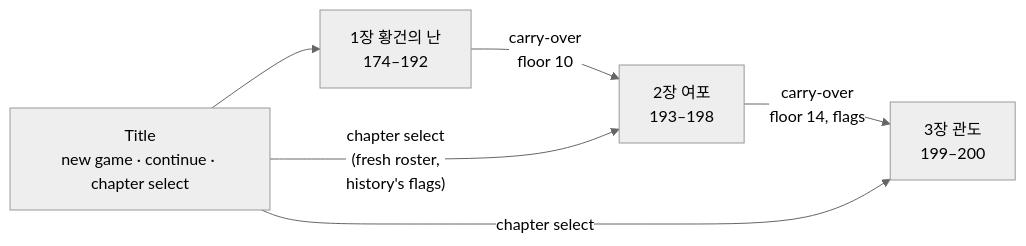
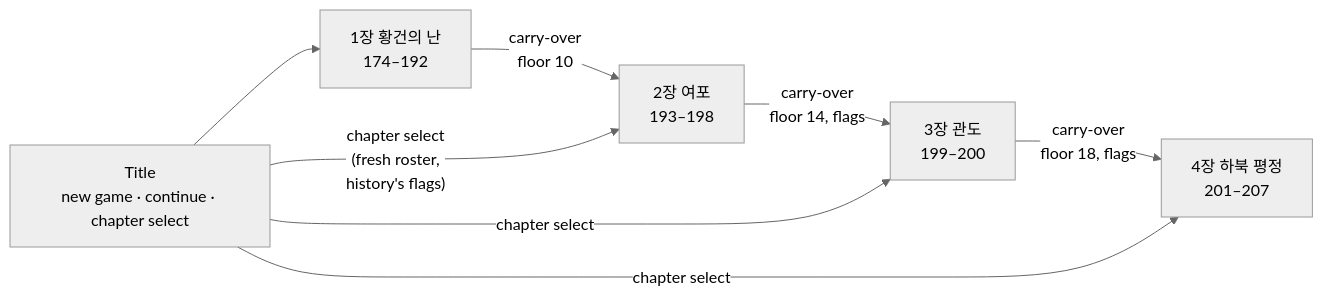
One commit to dudueul/caocao changed the first of 4 diagrams in docs/remake/STORY.md. Above: the diagram before and after it, drawn with Mermaid (neutral theme). The commit also changed other lines of this file and 34 other files, not shown here.

````diff
--- a/docs/remake/STORY.md
+++ b/docs/remake/STORY.md
@@ -22,8 +23,10 @@
 ```mermaid
 flowchart LR
   T["Title<br/>new game · continue · chapter select"] --> C1["1장 황건의 난<br/>174–192"]
   C1 -->|"carry-over<br/>floor 10"| C2["2장 여포<br/>193–198"]
   C2 -->|"carry-over<br/>floor 14, flags"| C3["3장 관도<br/>199–200"]
+  C3 -->|"carry-over<br/>floor 18, flags"| C4["4장 하북 평정<br/>201–207"]
   T -->|"chapter select<br/>(fresh roster,<br/>history's flags)"| C2
   T -->|"chapter select"| C3
+  T -->|"chapter select"| C4
 ```
````
